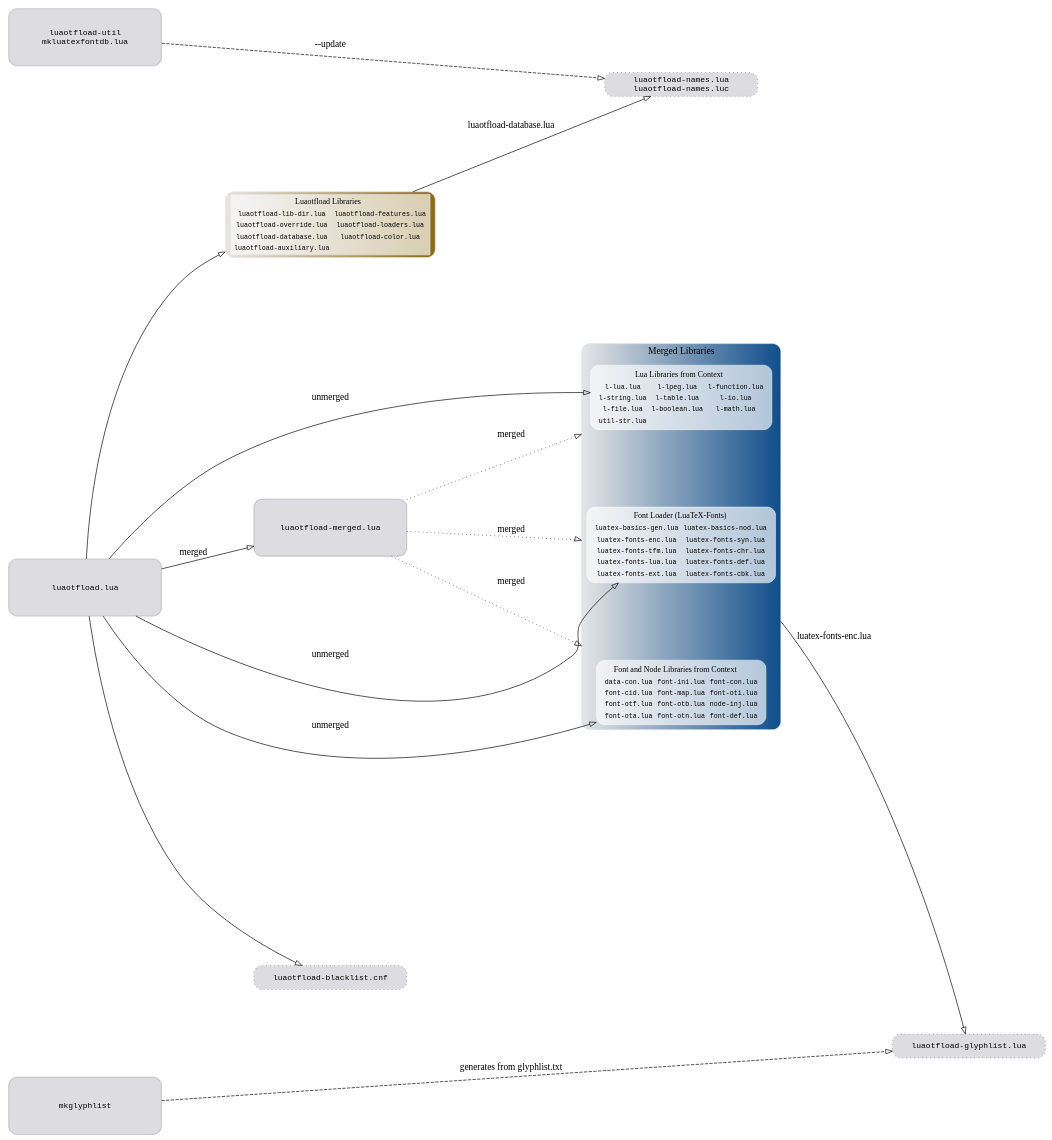
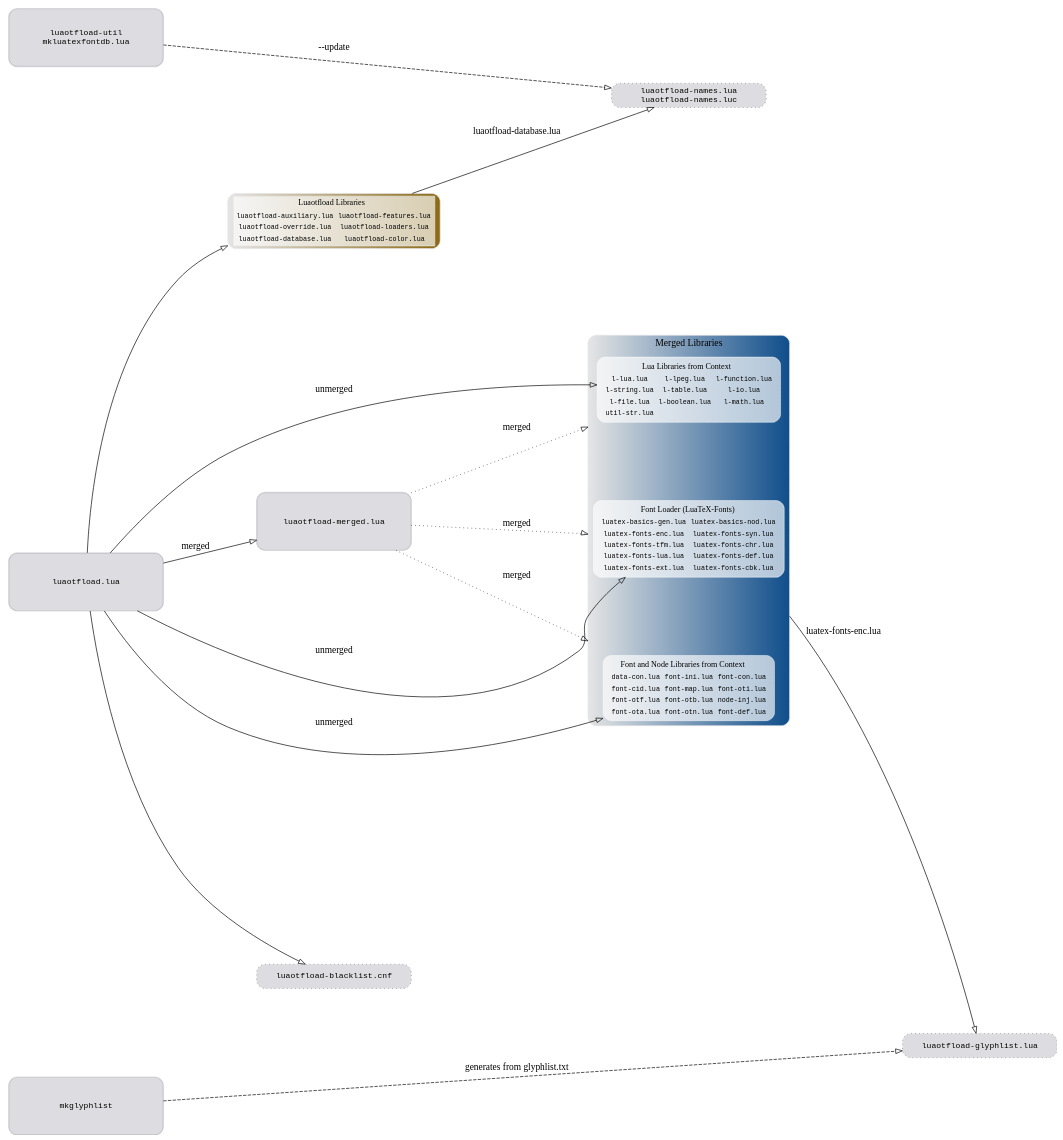
Before and after one commit to latex3/luaotfload: the diagram in filegraph.dot, drawn with Graphviz. The commit also changed 1 other file, not shown here.

Commit message:
remove references to lib-dir from docs

```diff
--- a/filegraph.dot
+++ b/filegraph.dot
@@ -139,10 +139,9 @@
         label      = <
             <table cellborder="0" bgcolor="#FFFFFFAA">
                 <th> <td colspan="2"> <font point-size="12" face="Iwona Italic">Luaotfload Libraries</font> </td> </th>
-                <tr> <td>luaotfload-lib-dir.lua</td>   <td>luaotfload-features.lua</td> </tr>
+                <tr> <td>luaotfload-auxiliary.lua</td> <td>luaotfload-features.lua</td> </tr>
                 <tr> <td>luaotfload-override.lua</td>  <td>luaotfload-loaders.lua</td>  </tr>
                 <tr> <td>luaotfload-database.lua</td>  <td>luaotfload-color.lua</td>    </tr>
-                <tr> <td>luaotfload-auxiliary.lua</td>                                  </tr>
             </table>
         >,
     ]
```
